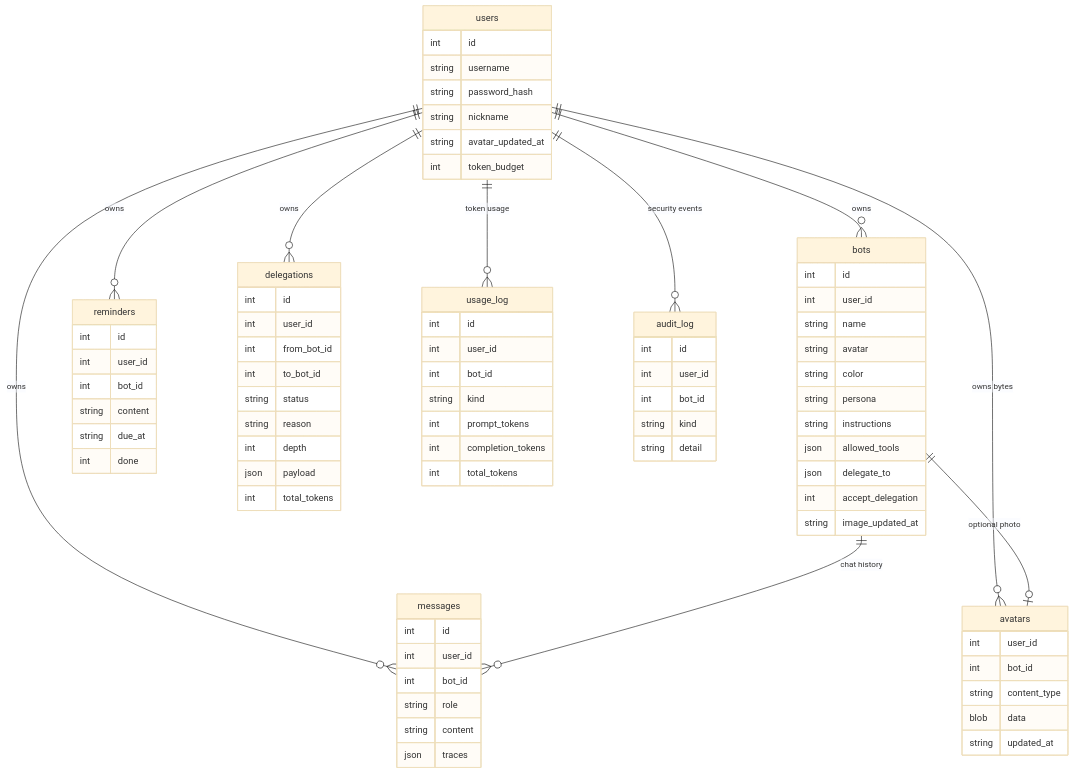
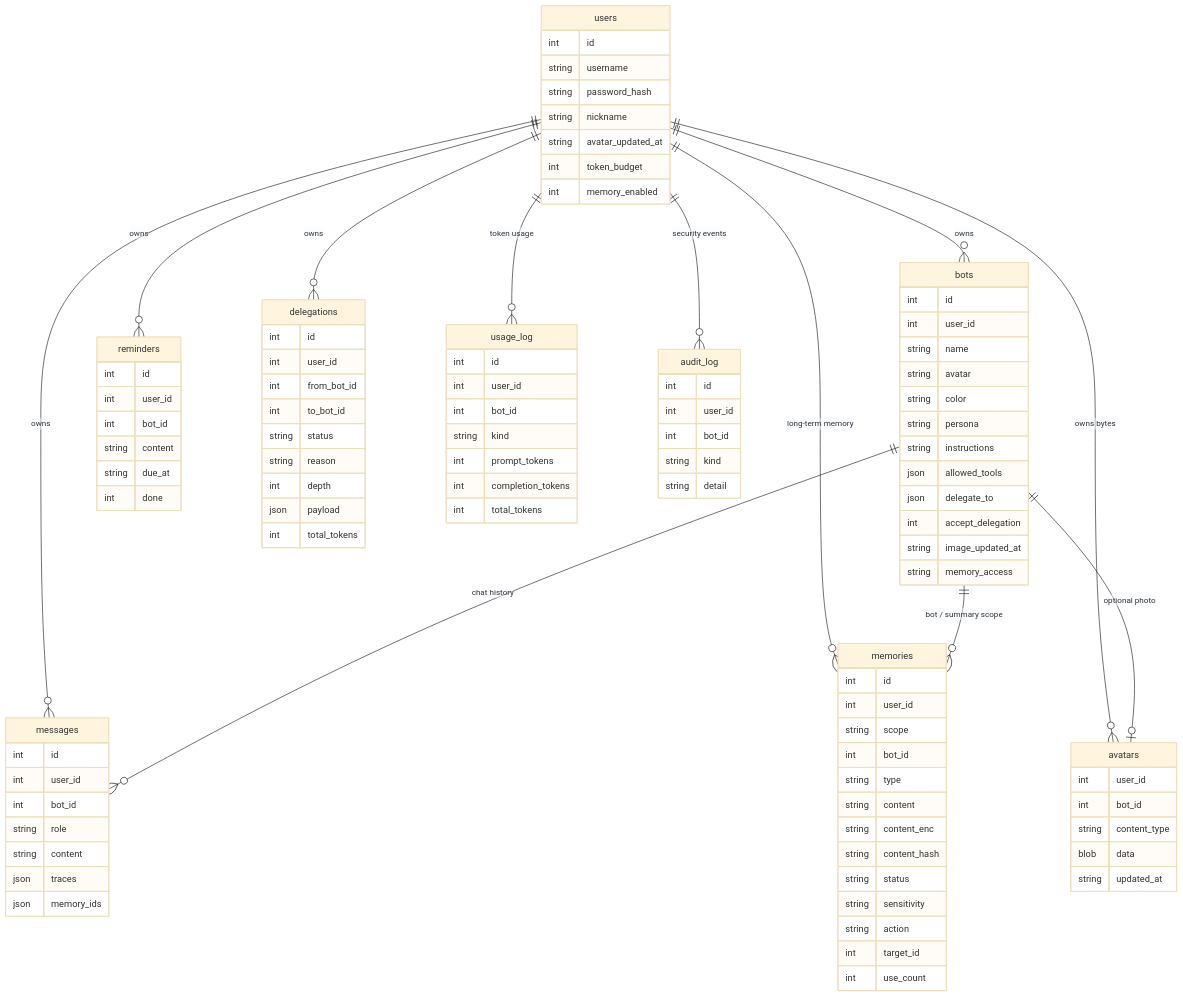
The second of 2 diagrams in docs/design/ARCHITECTURE.md (luisporschewind-ai/VeraBot), drawn with Mermaid (base theme) before and after one commit. The commit also changed other lines of this file and 33 other files, not shown here.

First line of the commit message:
feat(backend): long-term memory M1 (schema v4)

````diff
--- a/docs/design/ARCHITECTURE.md
+++ b/docs/design/ARCHITECTURE.md
@@ -80,20 +80,23 @@
 ```mermaid
 erDiagram
     users ||--o{ bots : owns
     users ||--o{ messages : owns
     bots ||--o{ messages : "chat history"
     users ||--o{ reminders : owns
     users ||--o{ delegations : owns
     users ||--o{ usage_log : "token usage"
     users ||--o{ audit_log : "security events"
     users ||--o{ avatars : "owns bytes"
+    users ||--o{ memories : "long-term memory"
+    bots ||--o{ memories : "bot / summary scope"
     bots ||--o| avatars : "optional photo"
-    users { int id string username string password_hash string nickname string avatar_updated_at int token_budget }
-    bots { int id int user_id string name string avatar string color string persona string instructions json allowed_tools json delegate_to int accept_delegation string image_updated_at }
+    users { int id string username string password_hash string nickname string avatar_updated_at int token_budget int memory_enabled }
+    bots { int id int user_id string name string avatar string color string persona string instructions json allowed_tools json delegate_to int accept_delegation string image_updated_at string memory_access }
     avatars { int user_id int bot_id string content_type blob data string updated_at }
-    messages { int id int user_id int bot_id string role string content json traces }
+    messages { int id int user_id int bot_id string role string content json traces json memory_ids }
+    memories { int id int user_id string scope int bot_id string type string content string content_enc string content_hash string status string sensitivity string action int target_id int use_count }
     reminders { int id int user_id int bot_id string content string due_at int done }
     delegations { int id int user_id int from_bot_id int to_bot_id string status string reason int depth json payload int total_tokens }
     usage_log { int id int user_id int bot_id string kind int prompt_tokens int completion_tokens int total_tokens }
     audit_log { int id int user_id int bot_id string kind string detail }
 ```
````
